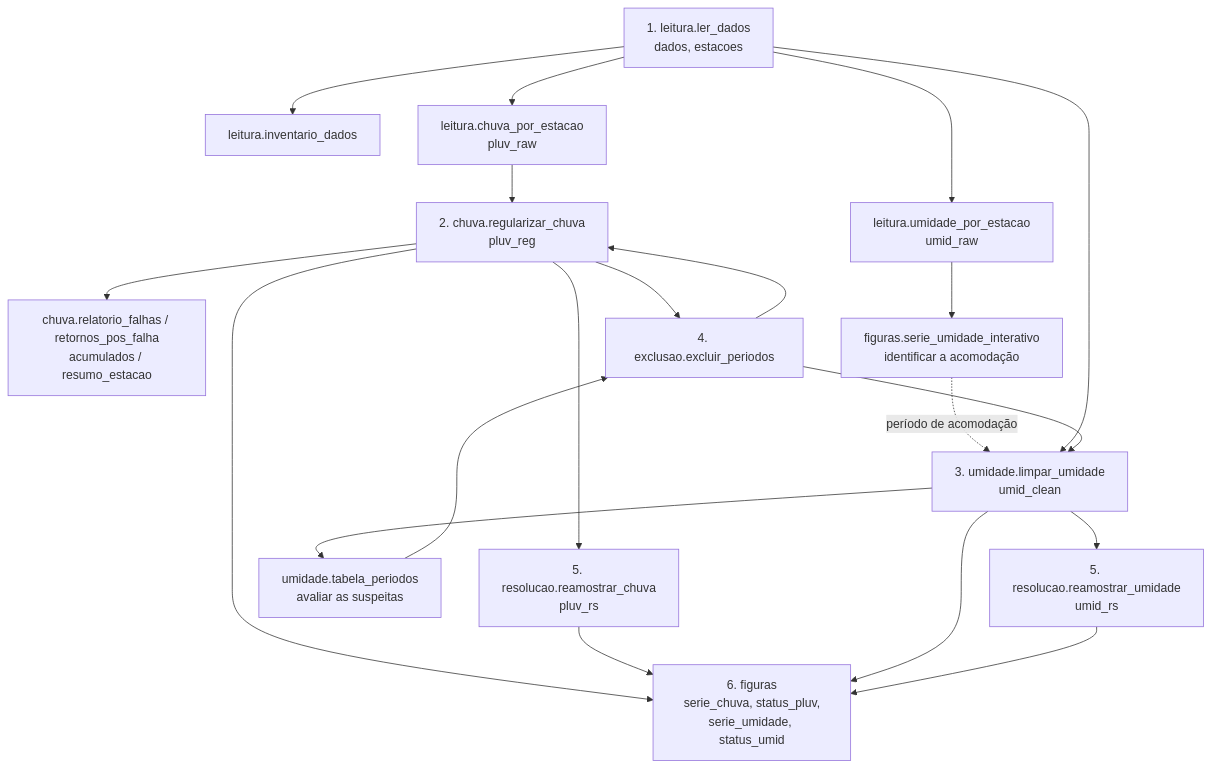
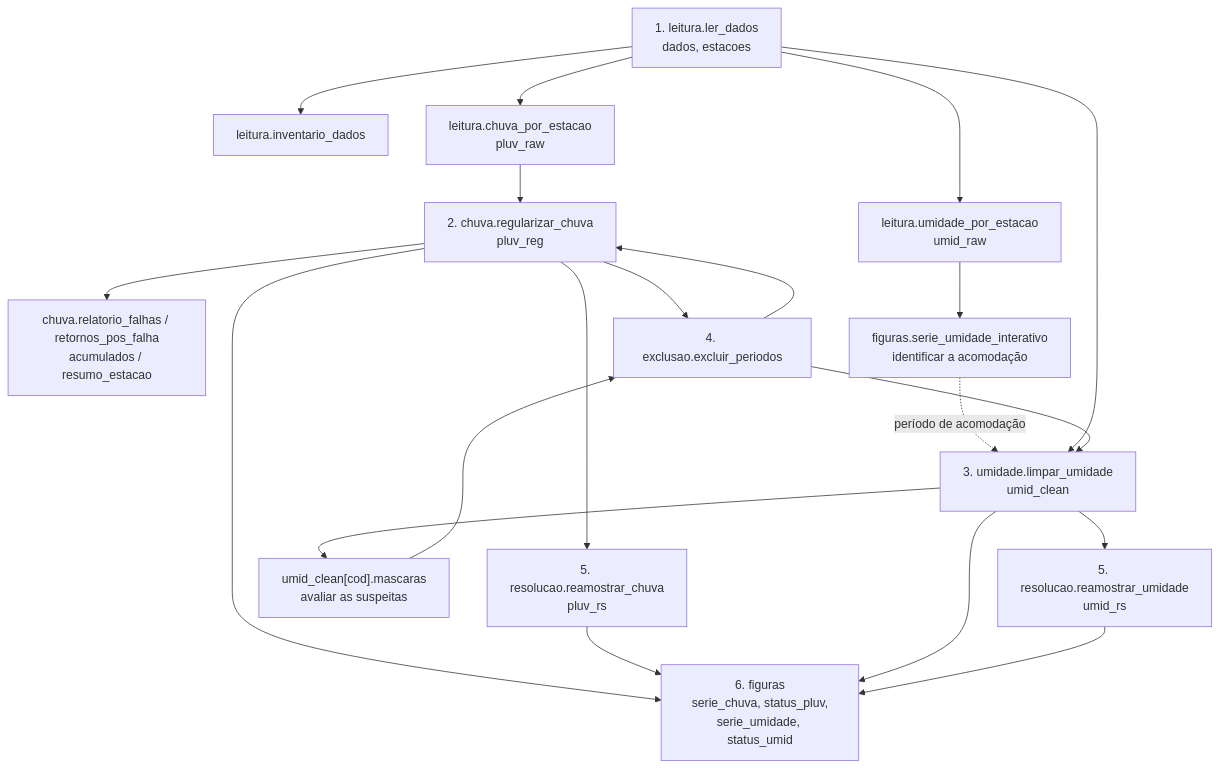
The diagram in README.md (graphid-uff/pluvigeo), drawn with Mermaid before and after one commit. The commit also changed other lines of this file and 8 other files, not shown here.

First line of the commit message:
Retira tabela_periodos; notebook com todos os parametros na primeira chamada

````diff
--- a/README.md
+++ b/README.md
@@ -116,26 +118,26 @@
 ```mermaid
 flowchart TD
     L["1. leitura.ler_dados<br/>dados, estacoes"]
     L --> I["leitura.inventario_dados"]
     L --> C1["leitura.chuva_por_estacao<br/>pluv_raw"]
     L --> U1["leitura.umidade_por_estacao<br/>umid_raw"]
 
     C1 --> C2["2. chuva.regularizar_chuva<br/>pluv_reg"]
     C2 --> C3["chuva.relatorio_falhas / retornos_pos_falha<br/>acumulados / resumo_estacao"]
     C2 --> X["4. exclusao.excluir_periodos"]
     X --> C2
     C2 --> C4["5. resolucao.reamostrar_chuva<br/>pluv_rs"]
 
     U1 --> U2["figuras.serie_umidade_interativo<br/>identificar a acomodação"]
     U2 -. "período de acomodação" .-> U3
     L --> U3["3. umidade.limpar_umidade<br/>umid_clean"]
-    U3 --> U4["umidade.tabela_periodos<br/>avaliar as suspeitas"]
+    U3 --> U4["umid_clean[cod].mascaras<br/>avaliar as suspeitas"]
     U4 --> X
     X --> U3
     U3 --> U5["5. resolucao.reamostrar_umidade<br/>umid_rs"]
 
     C2 --> F["6. figuras<br/>serie_chuva, status_pluv,<br/>serie_umidade, status_umid"]
     C4 --> F
     U3 --> F
     U5 --> F
 ```
````
